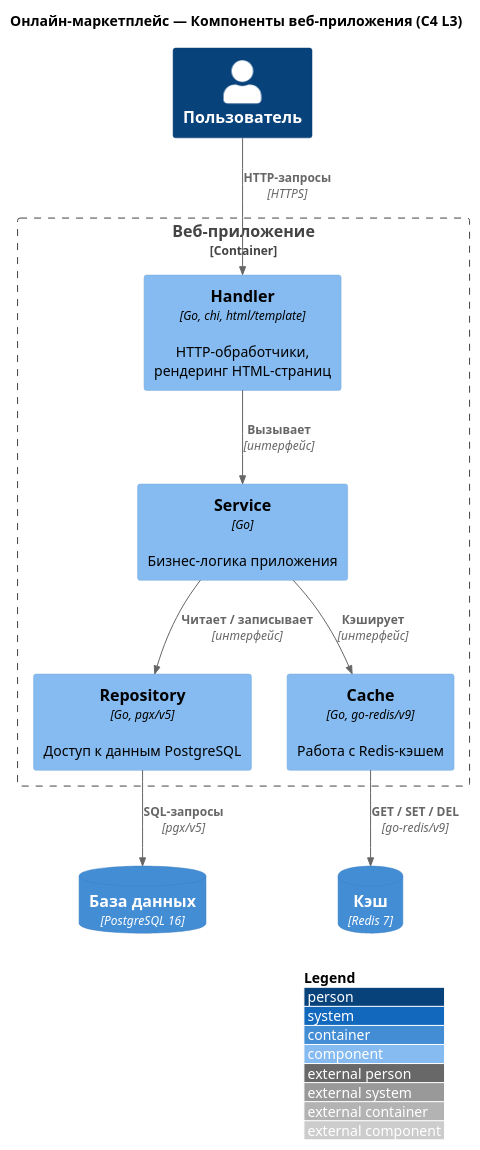
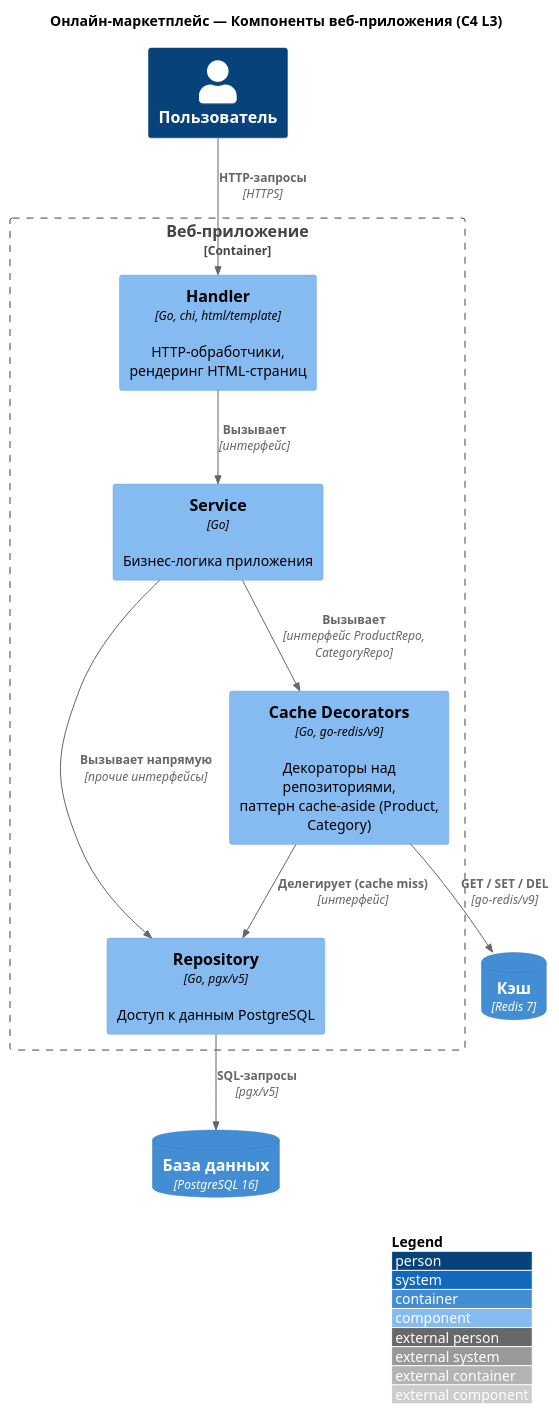
One commit to beastixq/marketplace changed the diagram in diagrams/src/C4_L3.puml. Above: the diagram before and after it, drawn with PlantUML. The commit also changed 3 other files, not shown here.

Commit message:
diagrams

```diff
--- a/diagrams/src/C4_L3.puml
+++ b/diagrams/src/C4_L3.puml
@@ -1,27 +1,28 @@
 @startuml C4_L3
 !include <C4/C4_Component>
 
 title Онлайн-маркетплейс — Компоненты веб-приложения (C4 L3)
 
 Person(user, "Пользователь")
 
 Container_Boundary(webapp, "Веб-приложение") {
     Component(handler, "Handler", "Go, chi, html/template", "HTTP-обработчики, рендеринг HTML-страниц")
     Component(service, "Service", "Go", "Бизнес-логика приложения")
+    Component(cache, "Cache Decorators", "Go, go-redis/v9", "Декораторы над репозиториями,\nпаттерн cache-aside (Product, Category)")
     Component(repository, "Repository", "Go, pgx/v5", "Доступ к данным PostgreSQL")
-    Component(cache, "Cache", "Go, go-redis/v9", "Работа с Redis-кэшем")
 }
 
 ContainerDb(postgres, "База данных", "PostgreSQL 16", "")
 ContainerDb(redis, "Кэш", "Redis 7", "")
 
 Rel(user, handler, "HTTP-запросы", "HTTPS")
 Rel(handler, service, "Вызывает", "интерфейс")
-Rel(service, repository, "Читает / записывает", "интерфейс")
-Rel(service, cache, "Кэширует", "интерфейс")
+Rel(service, cache, "Вызывает", "интерфейс ProductRepo, CategoryRepo")
+Rel(service, repository, "Вызывает напрямую", "прочие интерфейсы")
+Rel(cache, repository, "Делегирует (cache miss)", "интерфейс")
+Rel(cache, redis, "GET / SET / DEL", "go-redis/v9")
 Rel(repository, postgres, "SQL-запросы", "pgx/v5")
-Rel(cache, redis, "GET / SET / DEL", "go-redis/v9")
 
 LAYOUT_WITH_LEGEND()
 
 @enduml
```
